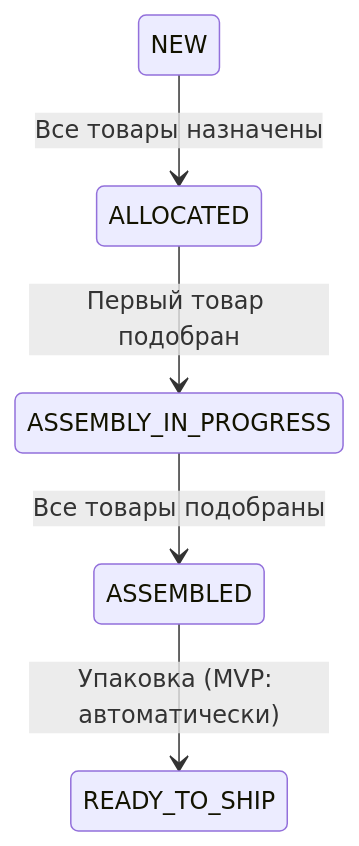
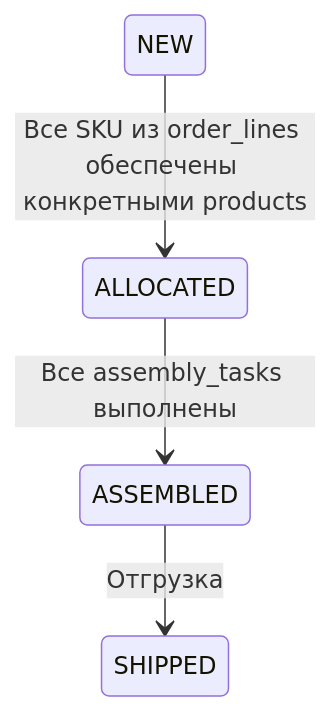
The fourth of 4 diagrams in docs/flows/assembly-flow.md (oglenyaboss/avalanche-wms), drawn with Mermaid before and after one commit. The commit also changed other lines of this file and 4 other files, not shown here.

````diff
--- a/docs/flows/assembly-flow.md
+++ b/docs/flows/assembly-flow.md
@@ -81,7 +96,6 @@
 ```mermaid
 stateDiagram-v2
-    NEW --> ALLOCATED : Все товары назначены
-    ALLOCATED --> ASSEMBLY_IN_PROGRESS : Первый товар подобран
-    ASSEMBLY_IN_PROGRESS --> ASSEMBLED : Все товары подобраны
-    ASSEMBLED --> READY_TO_SHIP : Упаковка (MVP: автоматически)
+    NEW --> ALLOCATED : Все SKU из order_lines обеспечены конкретными products
+    ALLOCATED --> ASSEMBLED : Все assembly_tasks выполнены
+    ASSEMBLED --> SHIPPED : Отгрузка
 ```
````
